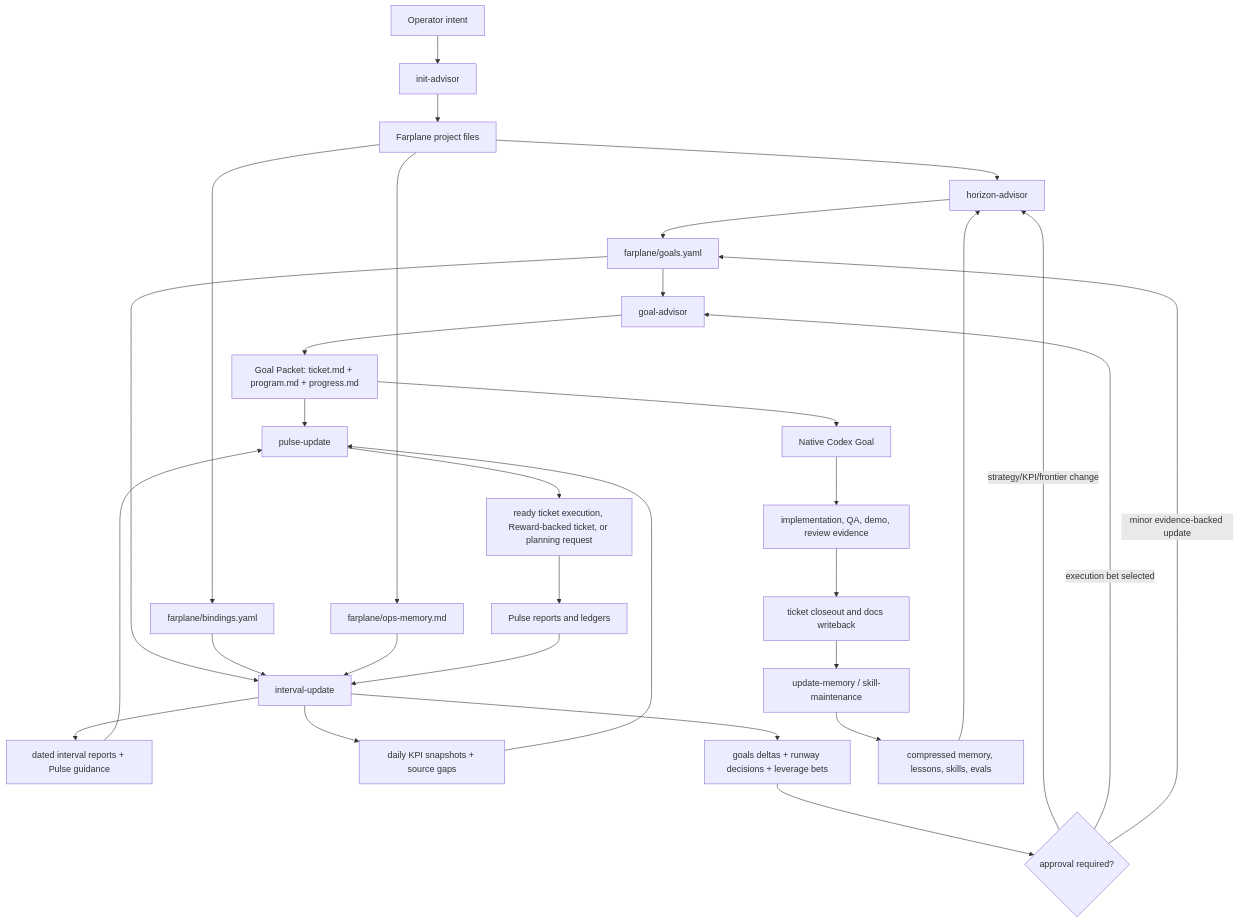
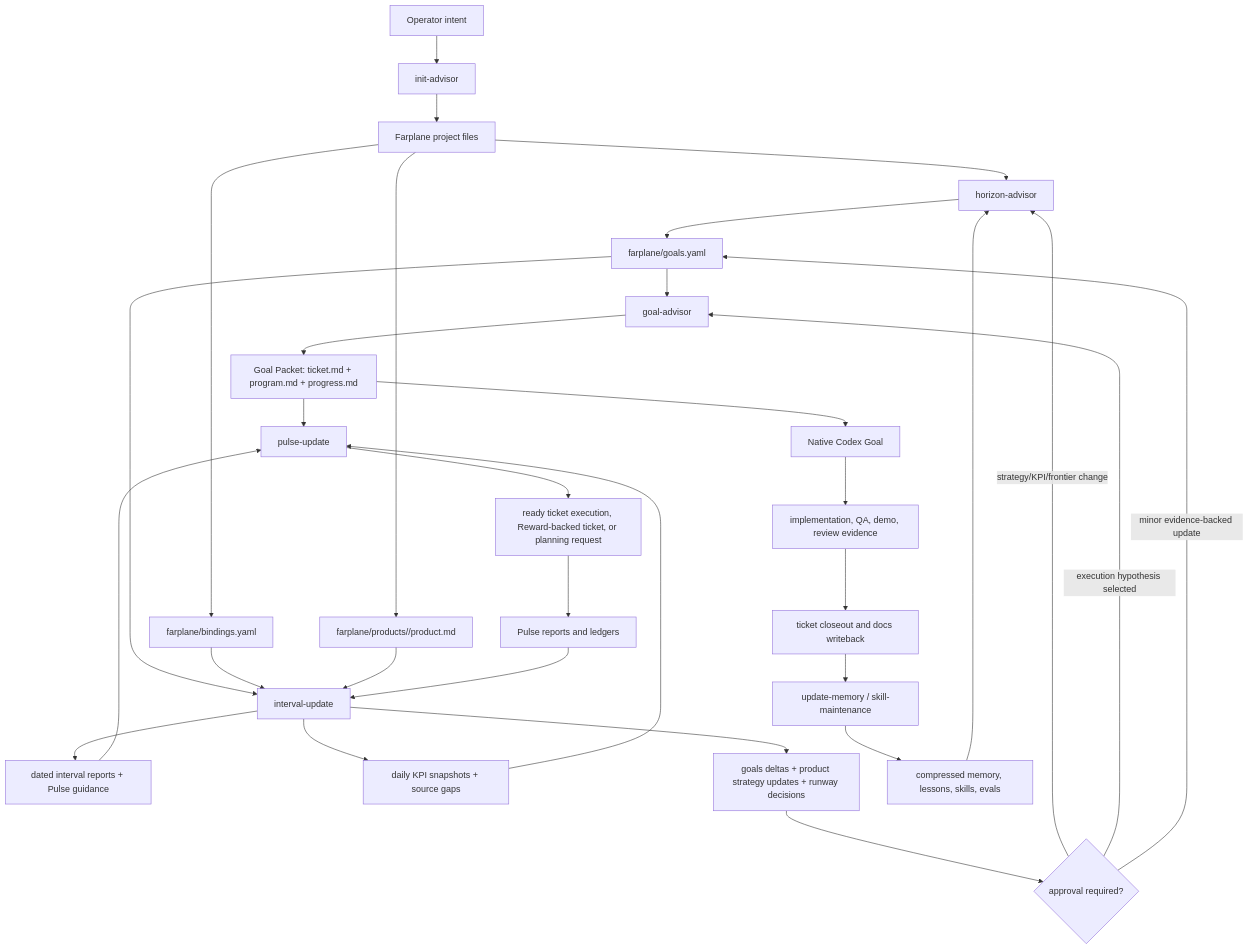
Before and after one commit to ZanarkandTechnologies/Farplane: the diagram in docs/farplane-framework/lifecycle.md, drawn with Mermaid. The commit also changed other lines of this file and 62 other files, not shown here.

````diff
--- a/docs/farplane-framework/lifecycle.md
+++ b/docs/farplane-framework/lifecycle.md
@@ -96,33 +99,33 @@
 ```mermaid
 flowchart TD
   A["Operator intent"] --> B["init-advisor"]
   B --> C["Farplane project files"]
   C --> D["horizon-advisor"]
   D --> E["farplane/goals.yaml"]
   C --> X["farplane/bindings.yaml"]
-  C --> Y["farplane/ops-memory.md"]
+  C --> Y["farplane/products/<product>/product.md"]
   E --> F["goal-advisor"]
   F --> G["Goal Packet: ticket.md + program.md + progress.md"]
   G --> H["Native Codex Goal"]
   H --> I["implementation, QA, demo, review evidence"]
   I --> J["ticket closeout and docs writeback"]
   E --> K["interval-update"]
   X --> K
   Y --> K
   K --> L["dated interval reports + Pulse guidance"]
   K --> U["daily KPI snapshots + source gaps"]
-  K --> R["goals deltas + runway decisions + leverage bets"]
+  K --> R["goals deltas + product strategy updates + runway decisions"]
   R --> S{"approval required?"}
   S -->|strategy/KPI/frontier change| D
-  S -->|execution bet selected| F
+  S -->|execution hypothesis selected| F
   S -->|minor evidence-backed update| E
   G --> M["pulse-update"]
   L --> M
   U --> M
   M --> N["ready ticket execution, Reward-backed ticket, or planning request"]
   N --> O["Pulse reports and ledgers"]
   O --> K
   J --> P["update-memory / skill-maintenance"]
   P --> Q["compressed memory, lessons, skills, evals"]
   Q --> D
 ```
````
